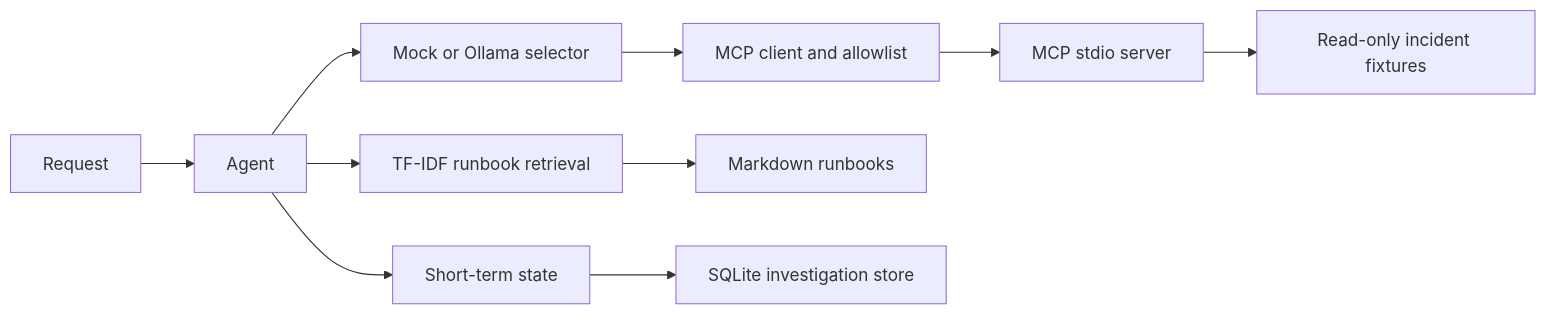
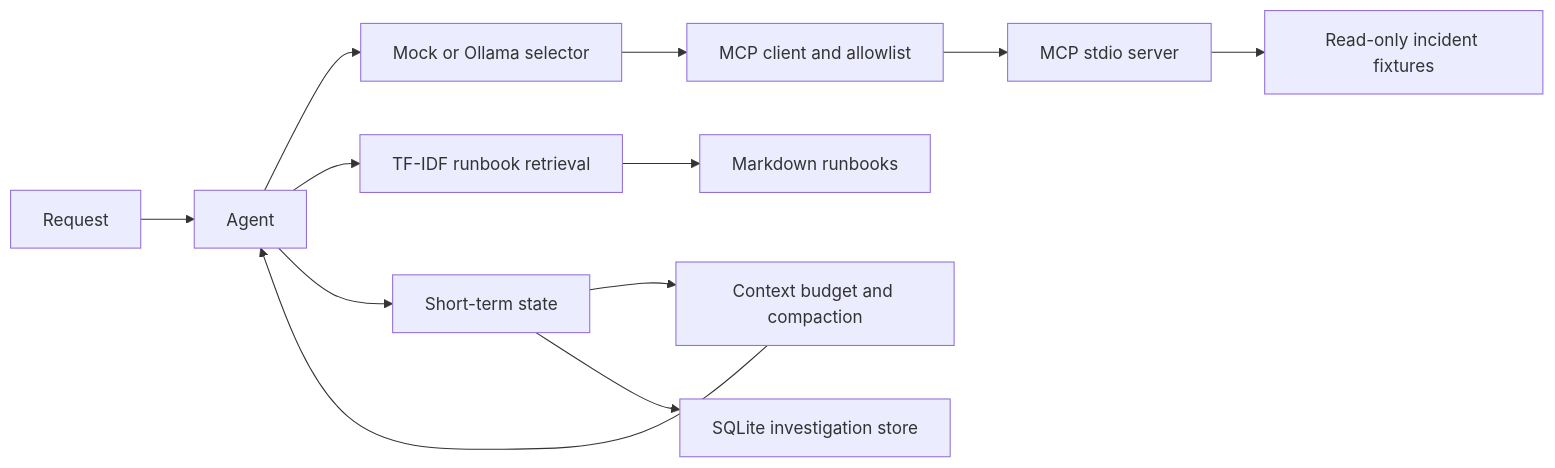
Before and after one commit to karitselmuthu/Enterprise-Agent-Engineering-Evaluation: the diagram in docs/architecture.md, drawn with Mermaid. The commit also changed 12 other files, not shown here.

Commit message:
Phase 6.5: add bounded context compaction

````diff
--- a/docs/architecture.md
+++ b/docs/architecture.md
@@ -3,12 +3,14 @@
 ```mermaid
 flowchart LR
     Request --> Agent
     Agent --> Selector[Mock or Ollama selector]
     Selector --> MCPClient[MCP client and allowlist]
     MCPClient --> MCPServer[MCP stdio server]
     MCPServer --> Fixtures[Read-only incident fixtures]
     Agent --> Retrieval[TF-IDF runbook retrieval]
+    Memory --> Compaction[Context budget and compaction]
+    Compaction --> Agent
     Retrieval --> Runbooks[Markdown runbooks]
     Agent --> Memory[Short-term state]
     Memory --> SQLite[SQLite investigation store]
 ```
````
